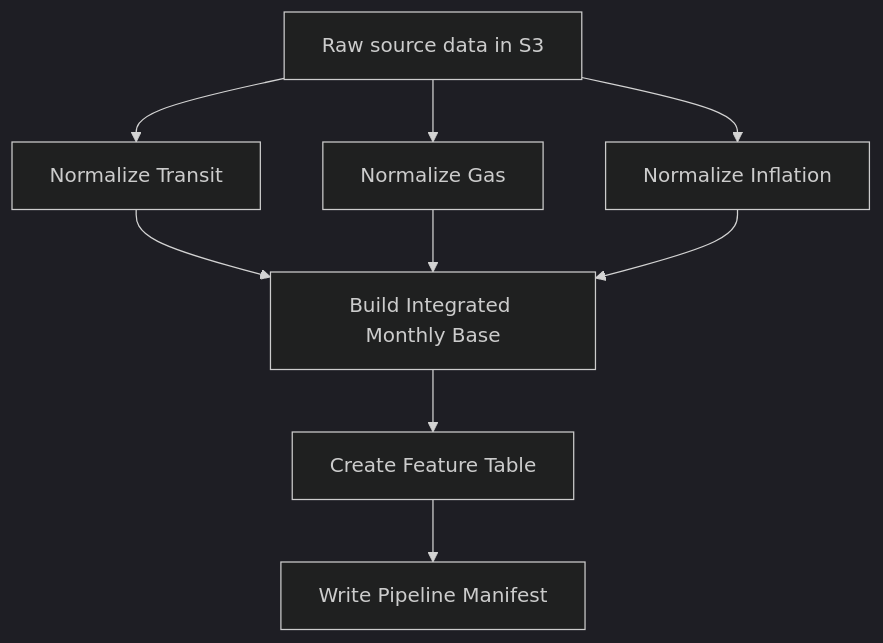
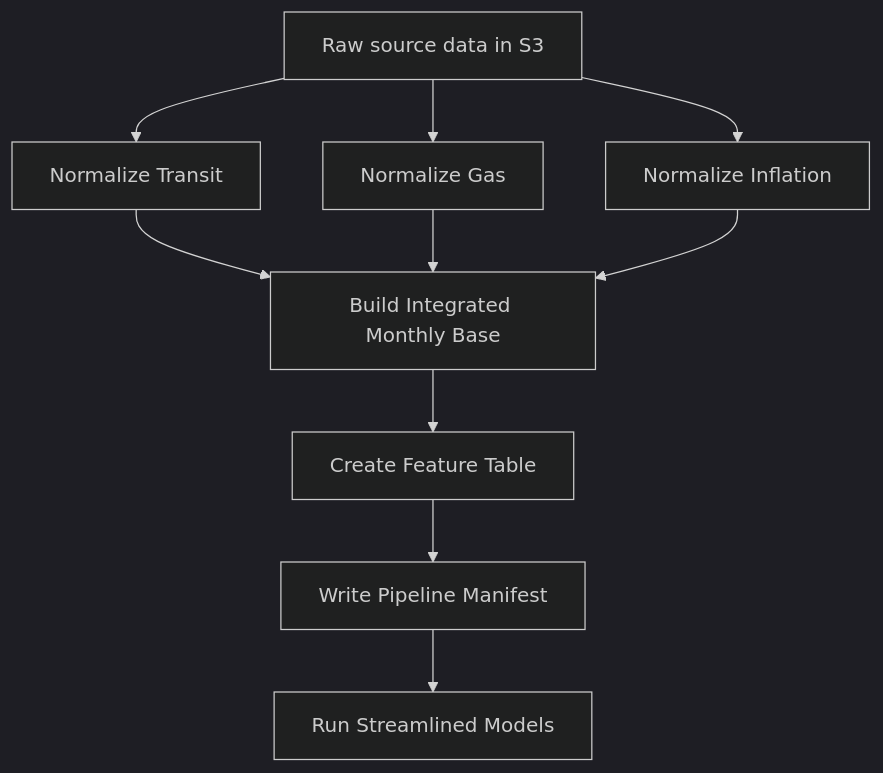
The diagram in README.md (jon171137/transit-ml-pipeline), drawn with Mermaid (dark theme) before and after one commit. The commit also changed other lines of this file and 1 other file, not shown here.

Commit message:
Document streamlined AWS modeling workflow

````diff
--- a/README.md
+++ b/README.md
@@ -29,11 +29,12 @@
 ```mermaid
 flowchart TD
     A["Raw source data in S3"] --> B["Normalize Transit"]
     A --> C["Normalize Gas"]
     A --> D["Normalize Inflation"]
     B --> E["Build Integrated Monthly Base"]
     C --> E
     D --> E
     E --> F["Create Feature Table"]
     F --> G["Write Pipeline Manifest"]
+    G --> H["Run Streamlined Models"]
 ```
````
